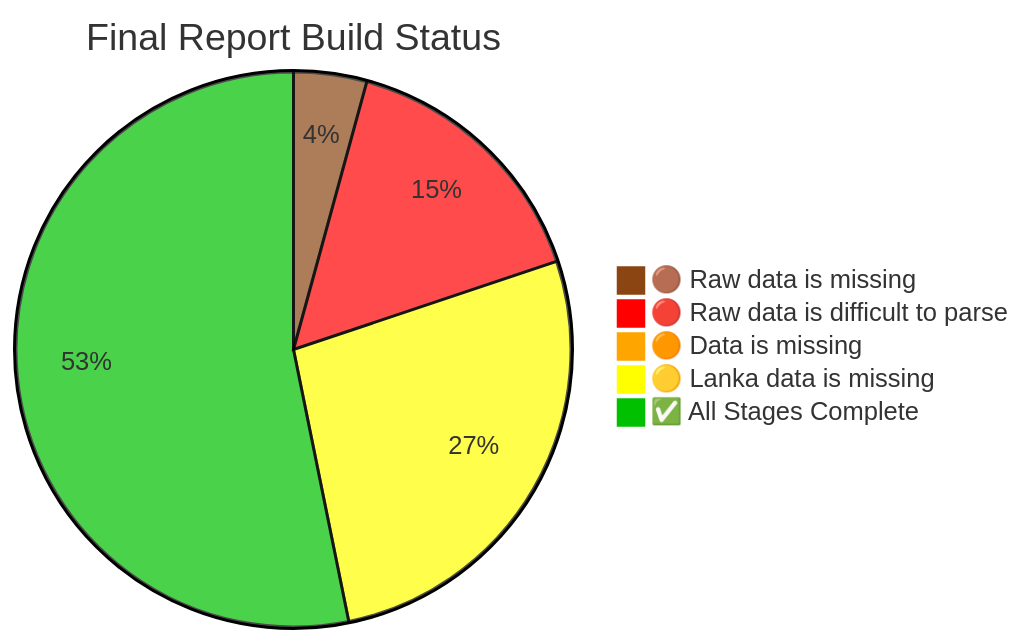
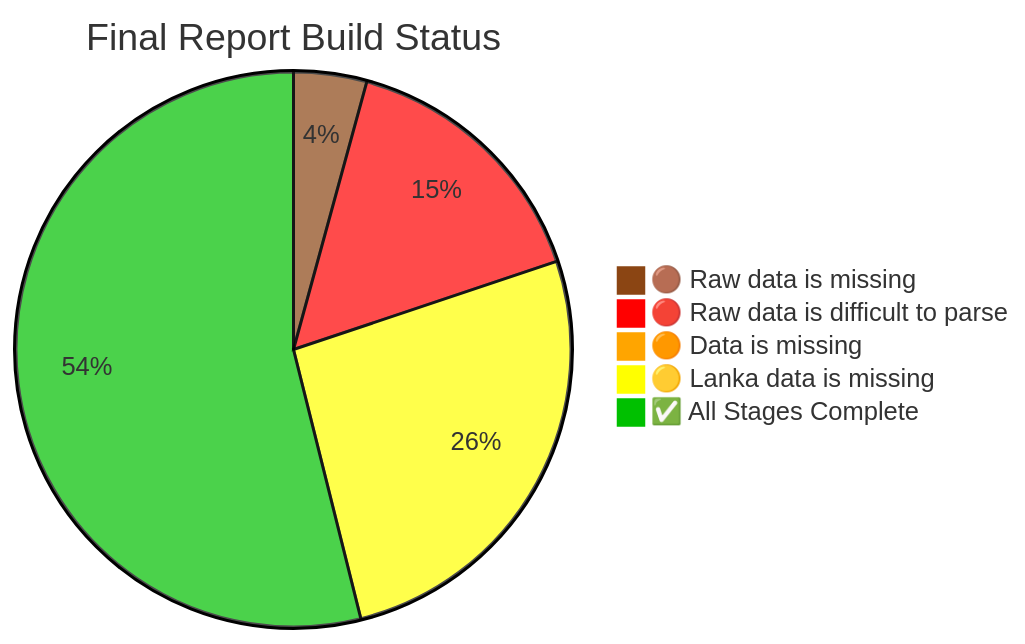
One commit to nuuuwan/lk_census_2024 changed the diagram in README.md. Above: the diagram before and after it, drawn with Mermaid. The commit also changed other lines of this file and 1 other file, not shown here.

Commit message:
Update README and fields.json for Chapter 12, correcting Whipple’s Index table status and adding lanka_data_pass field for 2024 data

````diff
--- a/README.md
+++ b/README.md
@@ -220,9 +220,9 @@
 ```mermaid
 %%{init: {"theme": "base", "themeVariables": {"pie1": "#8B4513", "pie2": "#FF0000", "pie3": "#FFA500", "pie4": "#FFFF00", "pie5": "#00c000"}}}%%
 pie title Final Report Build Status
 "🟤 Raw data is missing" : 6
     "🔴 Raw data is difficult to parse" : 22
     "🟠 Data is missing" : 1
-    "🟡 Lanka data is missing" : 38
-    "✅ All Stages Complete" : 75
+    "🟡 Lanka data is missing" : 37
+    "✅ All Stages Complete" : 76
 ```
````
